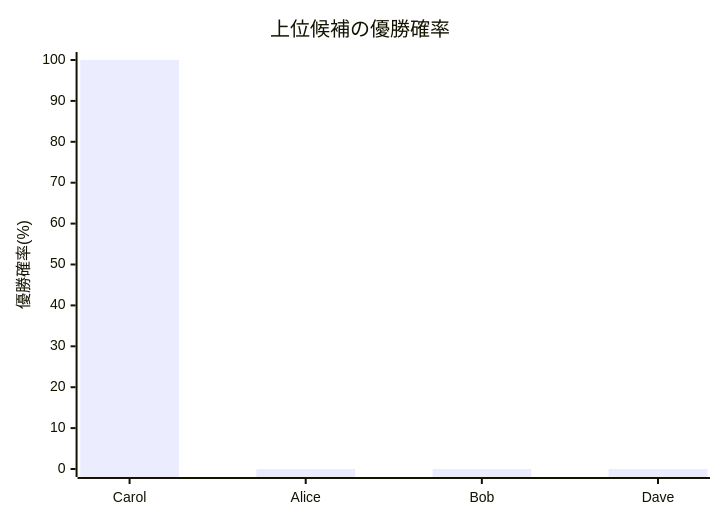
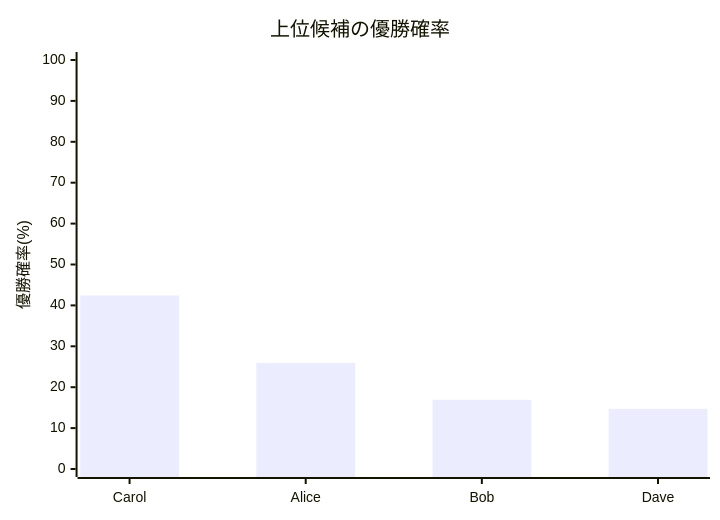
Before and after one commit to muzudho/ShogiTournamentSystemAnalyzer: the first of 2 diagrams in ShogiTournamentSystemAnalyzer/Output/tournament_framework_result_[大会進行フレームワーク_最小].md, drawn with Mermaid. The commit also changed other lines of this file and 9 other files, not shown here.

````diff
--- a/ShogiTournamentSystemAnalyzer/Output/tournament_framework_result_[大会進行フレームワーク_最小].md
+++ b/ShogiTournamentSystemAnalyzer/Output/tournament_framework_result_[大会進行フレームワーク_最小].md
@@ -29,7 +29,7 @@
 ```mermaid
 xychart-beta
     title "上位候補の優勝確率"
     x-axis ["Carol", "Alice", "Bob", "Dave"]
     y-axis "優勝確率(%)" 0 --> 100
-    bar [100.00, 0.00, 0.00, 0.00]
+    bar [42.44, 25.95, 16.91, 14.71]
 ```
````
